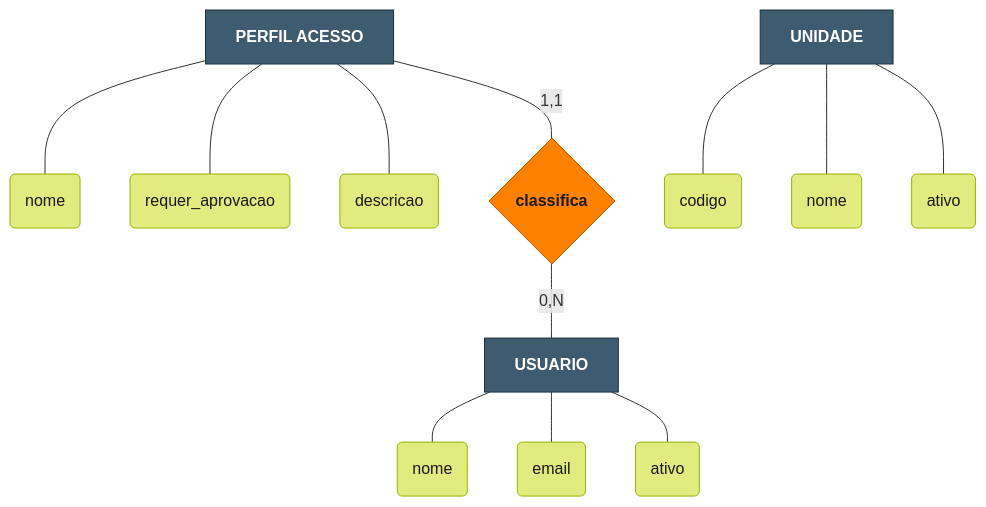
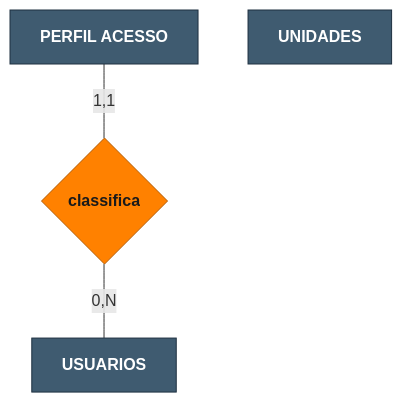
Before and after one commit to williamjrmaia/M-dulo-2---Aplica-o-Web-Atvos-: the second of 4 diagrams in documentos/wad.md, drawn with Mermaid. The commit also changed other lines of this file, not shown here.

````diff
--- a/documentos/wad.md
+++ b/documentos/wad.md
@@ -1306,34 +1196,12 @@
 ```mermaid
 flowchart TB
     classDef entity fill:#3F5B70,stroke:#1e3040,color:#fff,font-weight:bold
     classDef rel fill:#FF8100,stroke:#b35a00,color:#1a1a1a,font-weight:bold
-    classDef attr fill:#E1EB80,stroke:#96B400,color:#1a1a1a
 
-    USUA[USUARIO]:::entity
+    USUA[USUARIOS]:::entity
     PERF[PERFIL ACESSO]:::entity
-    UNID[UNIDADE]:::entity
-
-    u1(nome):::attr
-    u2(email):::attr
-    u3(ativo):::attr
-    USUA --- u1
-    USUA --- u2
-    USUA --- u3
-
-    pf1(nome):::attr
-    pf2(requer_aprovacao):::attr
-    pf3(descricao):::attr
-    PERF --- pf1
-    PERF --- pf2
-    PERF --- pf3
-
-    un1(codigo):::attr
-    un2(nome):::attr
-    un3(ativo):::attr
-    UNID --- un1
-    UNID --- un2
-    UNID --- un3
+    UNID[UNIDADES]:::entity
 
     Rclass{classifica}:::rel
     PERF -- "1,1" --- Rclass -- "0,N" --- USUA
 ```
````
